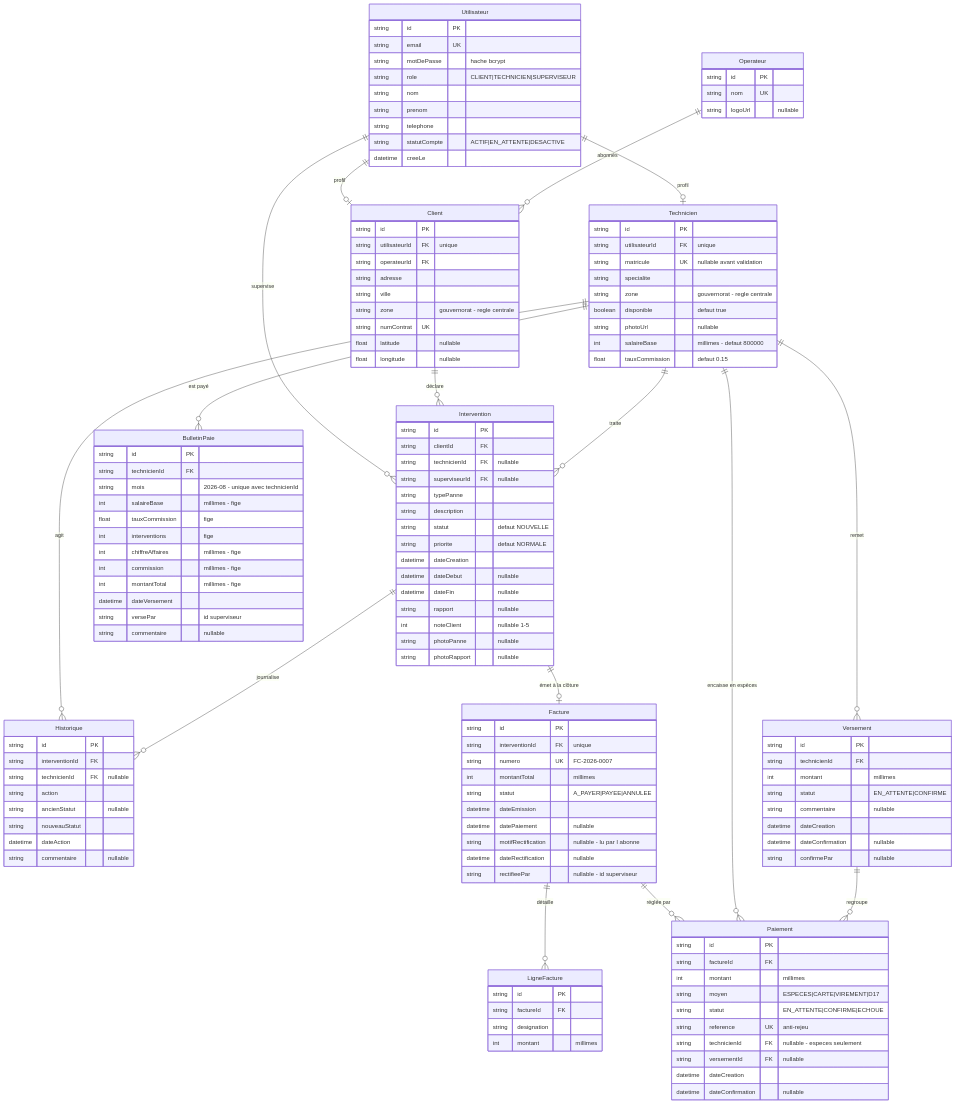
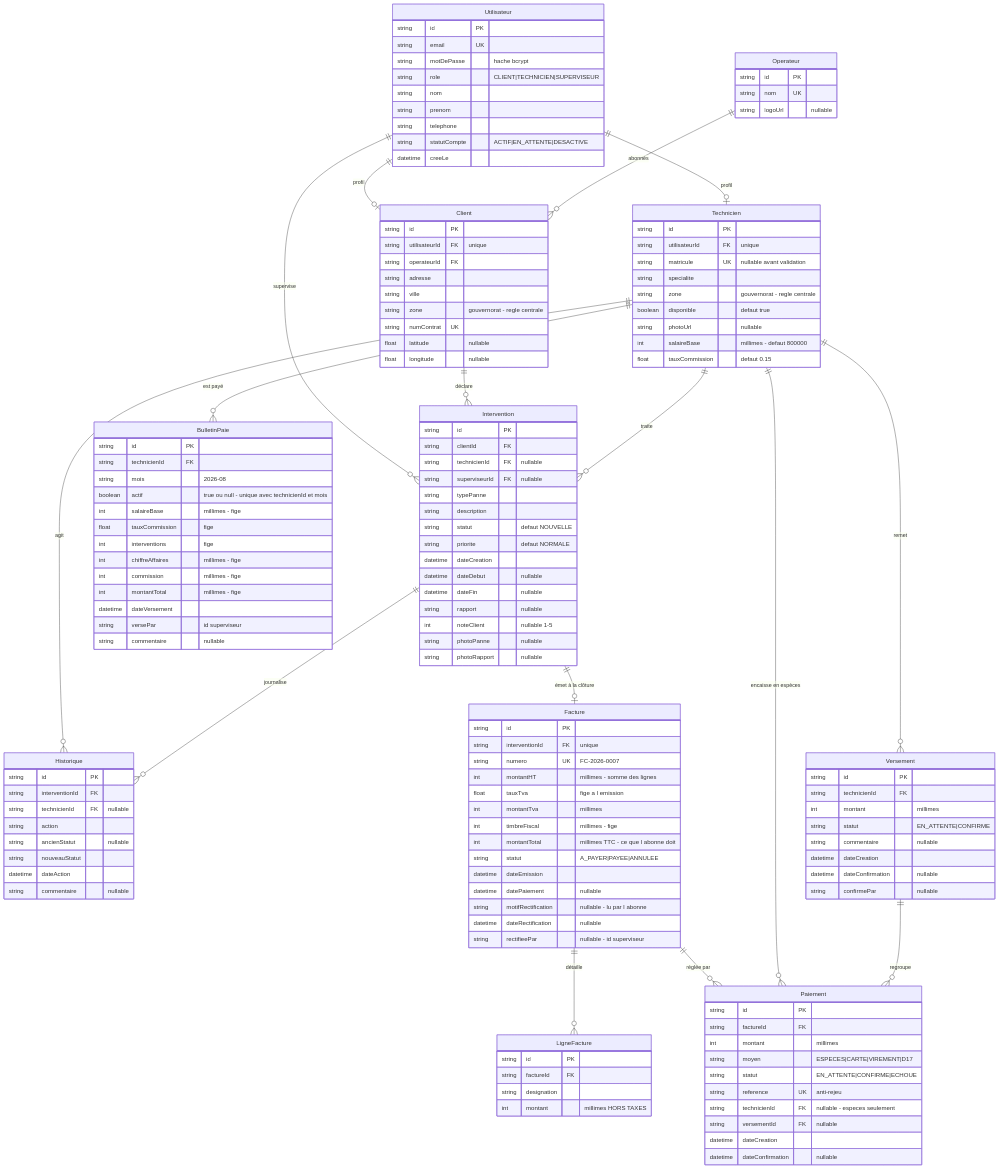
One commit to amer-oun/fibreconnect changed the diagram in README.md. Above: the diagram before and after it, drawn with Mermaid. The commit also changed other lines of this file and 17 other files, not shown here.

First line of the commit message:
TVA, droit de timbre, mentions légales et annulation d'un bulletin

```diff
--- a/README.md
+++ b/README.md
@@ -204,7 +204,11 @@
         string   id PK
         string   interventionId FK "unique"
         string   numero UK "FC-2026-0007"
-        int      montantTotal "millimes"
+        int      montantHT "millimes - somme des lignes"
+        float    tauxTva "fige a l emission"
+        int      montantTva "millimes"
+        int      timbreFiscal "millimes - fige"
+        int      montantTotal "millimes TTC - ce que l abonne doit"
         string   statut "A_PAYER|PAYEE|ANNULEE"
         datetime dateEmission
         datetime datePaiement "nullable"
@@ -217,7 +221,7 @@
         string id PK
         string factureId FK
         string designation
-        int    montant "millimes"
+        int    montant "millimes HORS TAXES"
     }
 
     Paiement {
@@ -247,7 +251,8 @@
     BulletinPaie {
         string   id PK
         string   technicienId FK
-        string   mois "2026-08 - unique avec technicienId"
+        string   mois "2026-08"
+        boolean  actif "true ou null - unique avec technicienId et mois"
         int      salaireBase "millimes - fige"
         float    tauxCommission "fige"
         int      interventions "fige"
```
